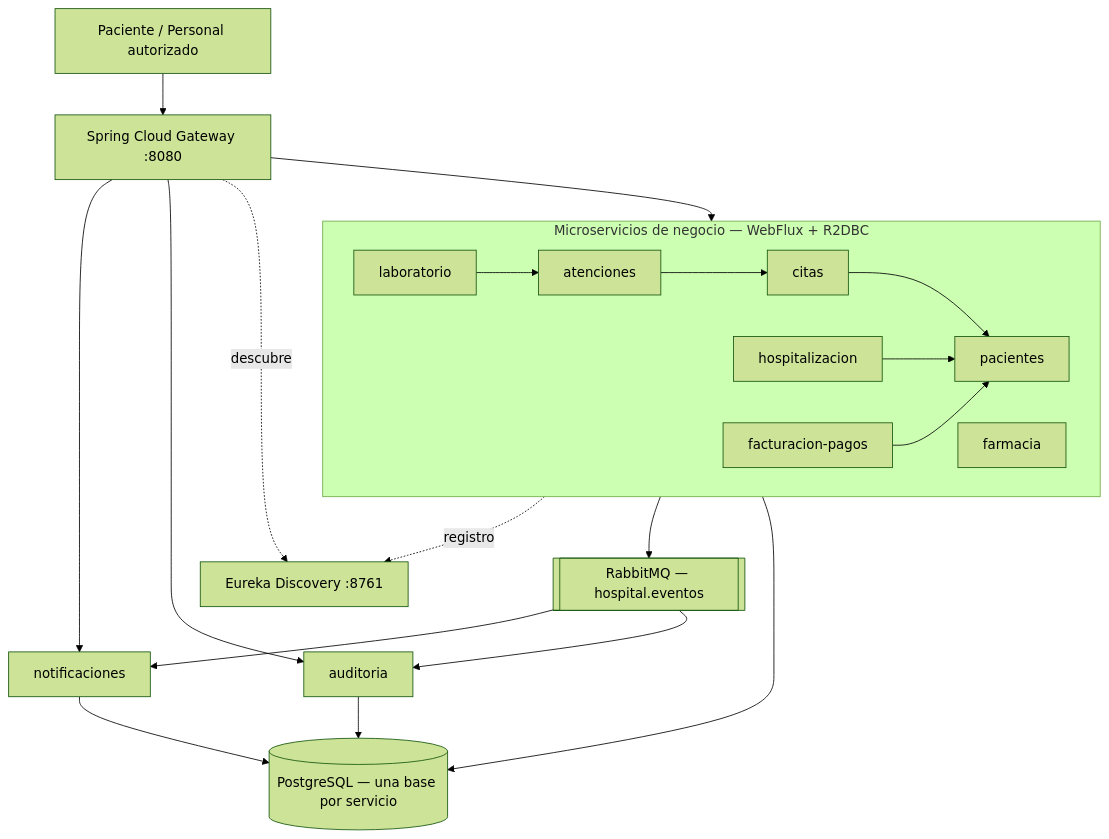
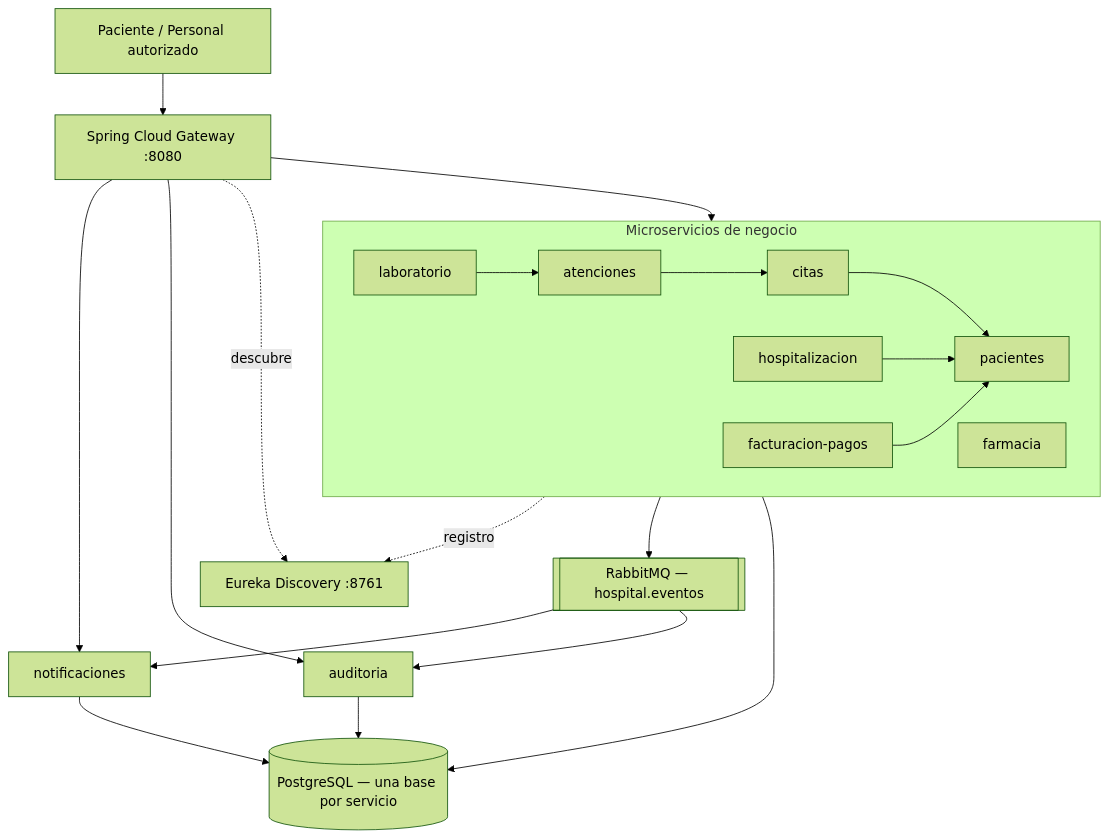
One commit to samsumg10/D_Aplicaciones_Web_II_T2 changed the first of 4 diagrams in docs/DOCUMENTO_TECNICO.md. Above: the diagram before and after it, drawn with Mermaid (forest theme). The commit also changed other lines of this file and 1 other file, not shown here.

Commit message:
Refactor technical document: Simplify microservices flow, remove Gateway references, and enhance state diagram clarity

````diff
--- a/docs/DOCUMENTO_TECNICO.md
+++ b/docs/DOCUMENTO_TECNICO.md
@@ -258,41 +258,41 @@
 ```mermaid
 flowchart TB
     cliente["Paciente / Personal autorizado"]
     gw["Spring Cloud Gateway :8080"]
     eureka["Eureka Discovery :8761"]
 
-    subgraph negocio["Microservicios de negocio — WebFlux + R2DBC"]
+    subgraph negocio["Microservicios de negocio"]
         pac["pacientes"]
         cit["citas"]
         ate["atenciones"]
         lab["laboratorio"]
         hos["hospitalizacion"]
         far["farmacia"]
         fac["facturacion-pagos"]
     end
 
     rabbit[["RabbitMQ — hospital.eventos"]]
     noti["notificaciones"]
     aud["auditoria"]
     pg[("PostgreSQL — una base por servicio")]
 
     cliente --> gw
     gw --> negocio
     gw --> noti
     gw --> aud
     gw -. descubre .-> eureka
     negocio -. registro .-> eureka
 
     cit --> pac
     hos --> pac
     fac --> pac
     ate --> cit
     lab --> ate
 
     negocio --> rabbit
     rabbit --> noti
     rabbit --> aud
     negocio --> pg
     noti --> pg
     aud --> pg
 ```
````
